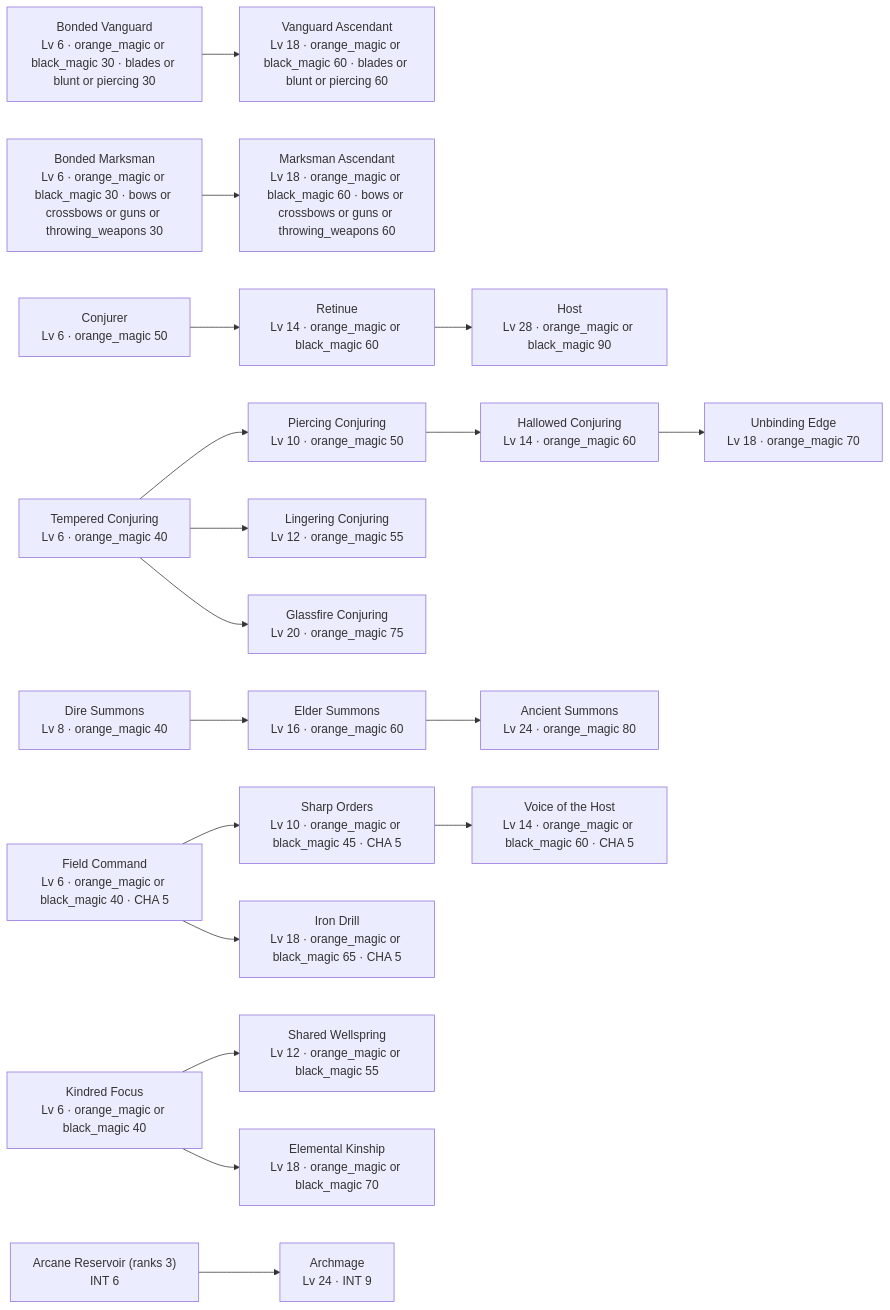
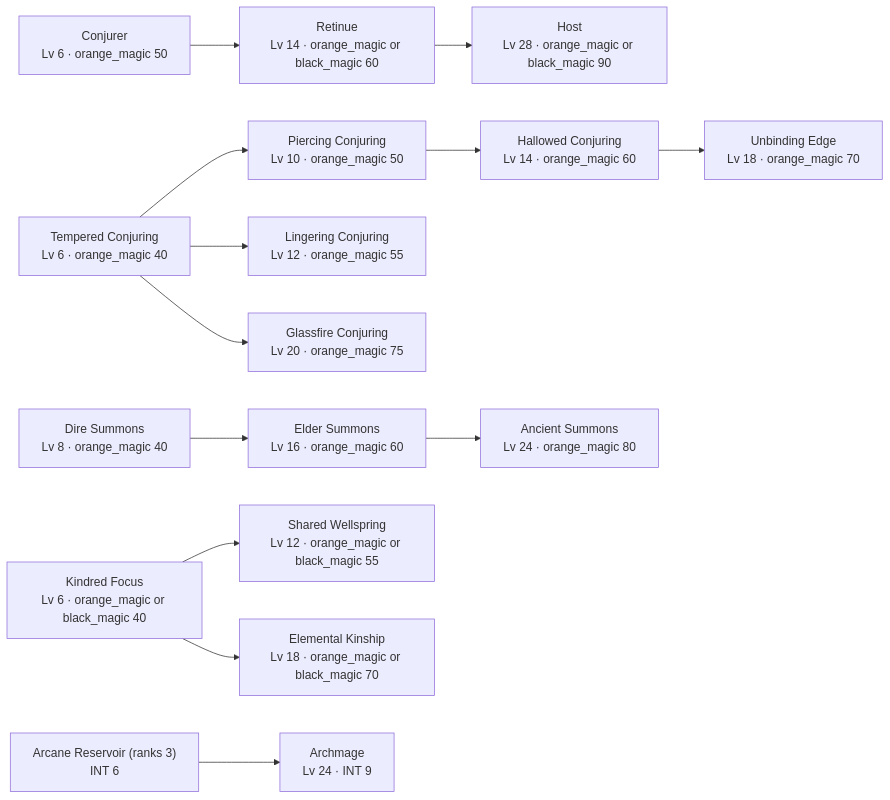
Before and after one commit to SETA1609/riftweave-core: the third of 5 diagrams in docs/core/perk-ladders.md, drawn with Mermaid. The commit also changed other lines of this file and 18 other files, not shown here.

````diff
--- a/docs/core/perk-ladders.md
+++ b/docs/core/perk-ladders.md
@@ -74,45 +74,32 @@
 ```mermaid
 graph LR
   arcane_reservoir["Arcane Reservoir (ranks 3)<br/>INT 6"]
   conjurer["Conjurer<br/>Lv 6 · orange_magic 50"]
   summon_retinue["Retinue<br/>Lv 14 · orange_magic or black_magic 60"]
-  bonded_vanguard["Bonded Vanguard<br/>Lv 6 · orange_magic or black_magic 30 · blades or blunt or piercing 30"]
-  bonded_marksman["Bonded Marksman<br/>Lv 6 · orange_magic or black_magic 30 · bows or crossbows or guns or throwing_weapons 30"]
-  vanguard_ascendant["Vanguard Ascendant<br/>Lv 18 · orange_magic or black_magic 60 · blades or blunt or piercing 60"]
-  marksman_ascendant["Marksman Ascendant<br/>Lv 18 · orange_magic or black_magic 60 · bows or crossbows or guns or throwing_weapons 60"]
   tempered_conjuring["Tempered Conjuring<br/>Lv 6 · orange_magic 40"]
   piercing_conjuring["Piercing Conjuring<br/>Lv 10 · orange_magic 50"]
   lingering_conjuring["Lingering Conjuring<br/>Lv 12 · orange_magic 55"]
   hallowed_conjuring["Hallowed Conjuring<br/>Lv 14 · orange_magic 60"]
   unbinding_edge["Unbinding Edge<br/>Lv 18 · orange_magic 70"]
   glassfire_conjuring["Glassfire Conjuring<br/>Lv 20 · orange_magic 75"]
   summon_host["Host<br/>Lv 28 · orange_magic or black_magic 90"]
   summon_dire["Dire Summons<br/>Lv 8 · orange_magic 40"]
   summon_elder["Elder Summons<br/>Lv 16 · orange_magic 60"]
   summon_ancient["Ancient Summons<br/>Lv 24 · orange_magic 80"]
-  field_command["Field Command<br/>Lv 6 · orange_magic or black_magic 40 · CHA 5"]
-  sharp_orders["Sharp Orders<br/>Lv 10 · orange_magic or black_magic 45 · CHA 5"]
-  voice_of_the_host["Voice of the Host<br/>Lv 14 · orange_magic or black_magic 60 · CHA 5"]
-  iron_drill["Iron Drill<br/>Lv 18 · orange_magic or black_magic 65 · CHA 5"]
   kindred_focus["Kindred Focus<br/>Lv 6 · orange_magic or black_magic 40"]
   shared_wellspring["Shared Wellspring<br/>Lv 12 · orange_magic or black_magic 55"]
   elemental_kinship["Elemental Kinship<br/>Lv 18 · orange_magic or black_magic 70"]
   archmage["Archmage<br/>Lv 24 · INT 9"]
   conjurer --> summon_retinue
-  bonded_vanguard --> vanguard_ascendant
-  bonded_marksman --> marksman_ascendant
   tempered_conjuring --> piercing_conjuring
   tempered_conjuring --> lingering_conjuring
   piercing_conjuring --> hallowed_conjuring
   hallowed_conjuring --> unbinding_edge
   tempered_conjuring --> glassfire_conjuring
   summon_retinue --> summon_host
   summon_dire --> summon_elder
   summon_elder --> summon_ancient
-  field_command --> sharp_orders
-  sharp_orders --> voice_of_the_host
-  field_command --> iron_drill
   kindred_focus --> shared_wellspring
   kindred_focus --> elemental_kinship
   arcane_reservoir --> archmage
 ```
````
